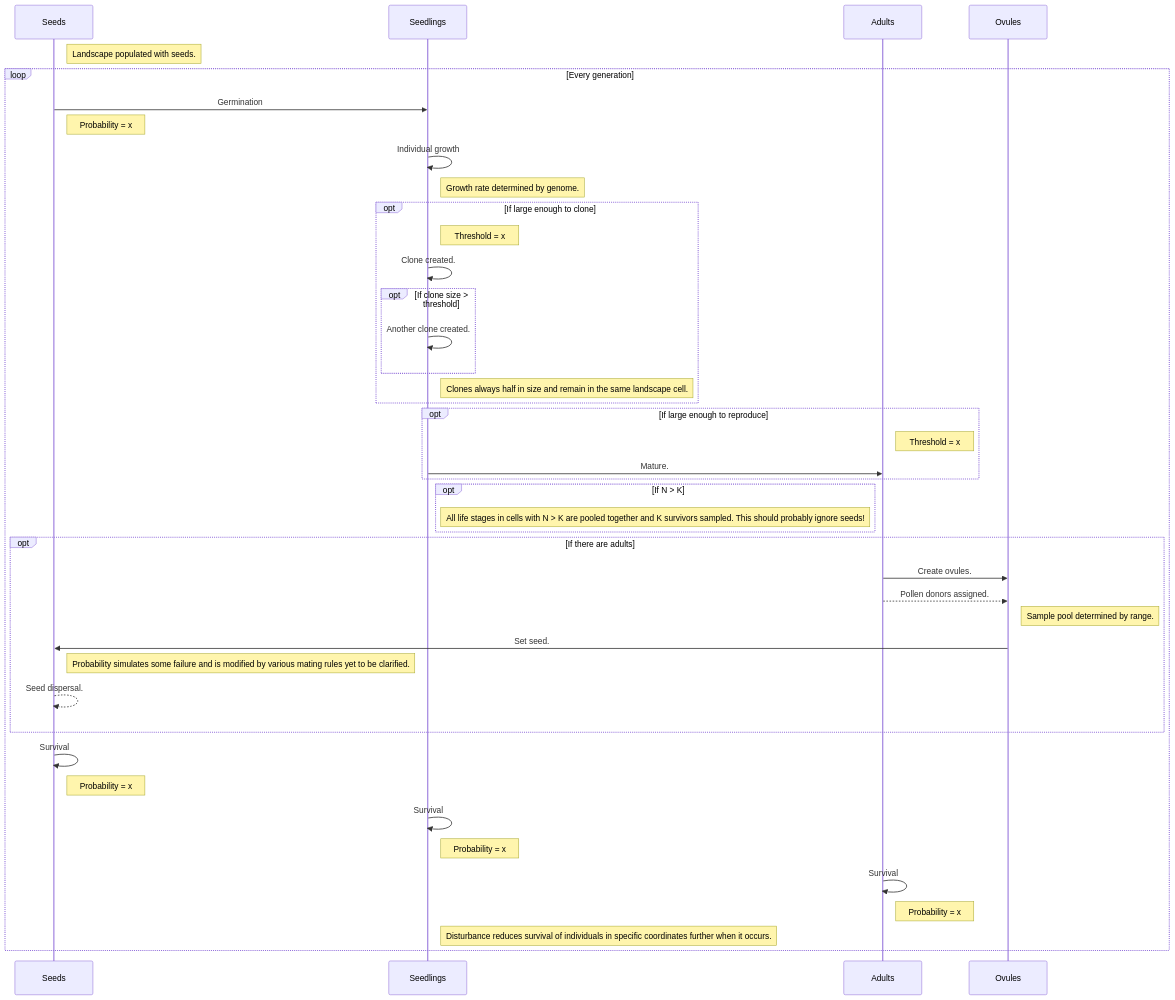
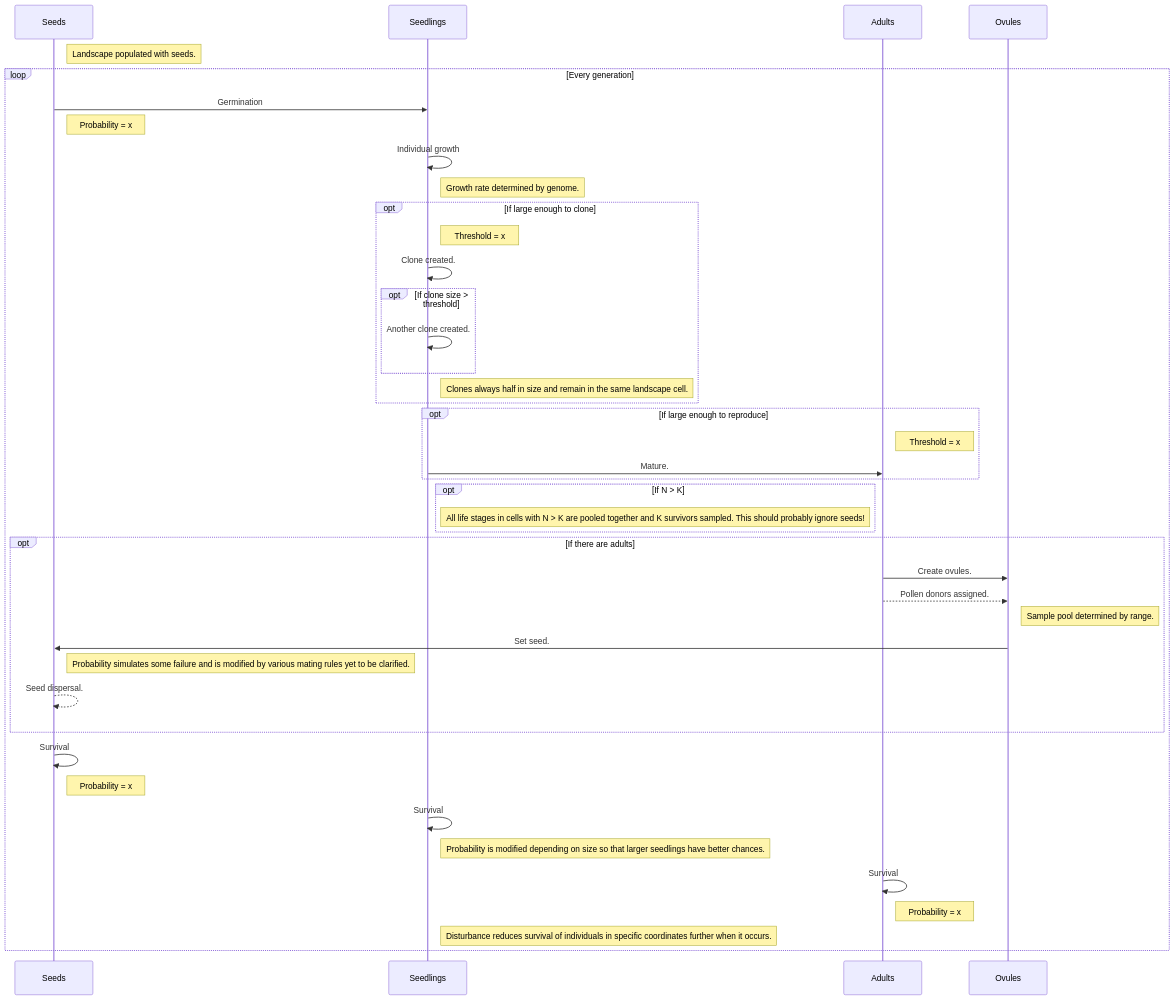
The diagram in assets/timestep-sequence.mmd (rosemckeon/ploidy), drawn with Mermaid before and after one commit.

Commit message:
Included hard selection for growth rate. #47

```diff
--- a/assets/timestep-sequence.mmd
+++ b/assets/timestep-sequence.mmd
@@ -1,43 +1,43 @@
 
 sequenceDiagram
   participant 0 as Seeds
   participant 1 as Seedlings
   participant 2 as Adults
   participant F as Ovules
   Note right of 0: Landscape populated with seeds.
   loop Every generation
     0->>1: Germination
     Note right of 0: Probability = x
     1->>1: Individual growth
     Note right of 1: Growth rate determined by genome.
     opt If large enough to clone
       Note right of 1: Threshold = x
       1->>1: Clone created.
       opt If clone size > threshold
         1->>1: Another clone created.
       end
       Note right of 1: Clones always half in size and remain in the same landscape cell.
     end
     opt If large enough to reproduce
       Note right of 2: Threshold = x
       1->>2: Mature.
     end
     opt If N > K
       Note right of 1: All life stages in cells with N > K are pooled together and K survivors sampled. This should probably ignore seeds!
     end
     opt If there are adults
       2->>F: Create ovules.
       2-->>F: Pollen donors assigned.
       Note right of F: Sample pool determined by range.
       F->>0: Set seed.
       Note right of 0: Probability simulates some failure and is modified by various mating rules yet to be clarified.
       0-->>0: Seed dispersal.
     end
     0->>0: Survival
     Note right of 0: Probability = x
     1->>1: Survival
-    Note right of 1: Probability = x
+    Note right of 1: Probability is modified depending on size so that larger seedlings have better chances.
     2->>2: Survival
     Note right of 2: Probability = x
     Note right of 1: Disturbance reduces survival of individuals in specific coordinates further when it occurs.
   end
```
